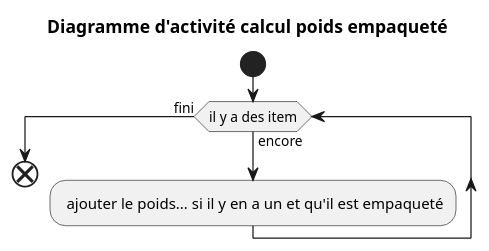
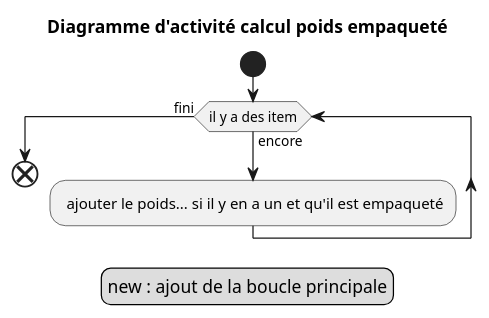
The diagram in TP/Solutions/diagact4.pu (nbossard/plantuml_demo), drawn with PlantUML before and after one commit. The commit also changed 11 other files, not shown here.

```diff
--- a/TP/Solutions/diagact4.pu
+++ b/TP/Solutions/diagact4.pu
@@ -1,10 +1,13 @@
 @startuml
     Title Diagramme d'activité calcul poids empaqueté
 
     start
         while (il y a des item) is (encore)
             : ajouter le poids... si il y en a un et qu'il est empaqueté;
         endwhile (fini)
     end
 
+    legend
+        new : ajout de la boucle principale
+    endlegend
 @enduml
```
